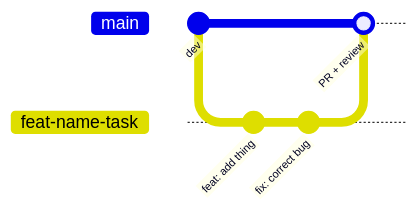
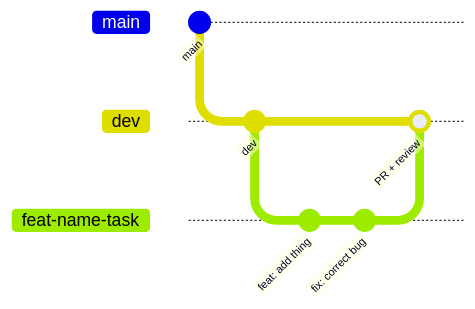
The diagram in docs/architecture/team-workflow.md (HanFeg-42/ft_transcendence), drawn with Mermaid before and after one commit. The commit also changed other lines of this file and 11 other files, not shown here.

````diff
--- a/docs/architecture/team-workflow.md
+++ b/docs/architecture/team-workflow.md
@@ -43,10 +21,13 @@
 ```mermaid
 gitGraph
+    commit id: "main"
+    branch dev
+    checkout dev
     commit id: "dev"
     branch feat-name-task
     checkout feat-name-task
     commit id: "feat: add thing"
     commit id: "fix: correct bug"
-    checkout main
+    checkout dev
     merge feat-name-task id: "PR + review"
 ```
````
